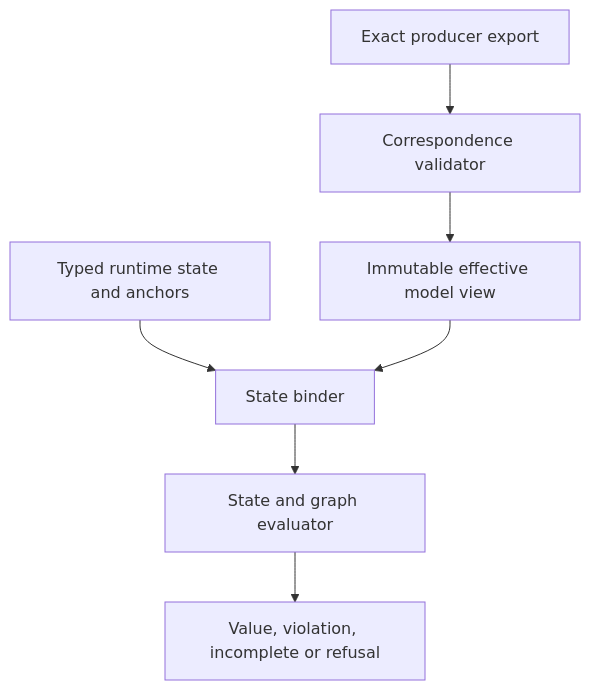
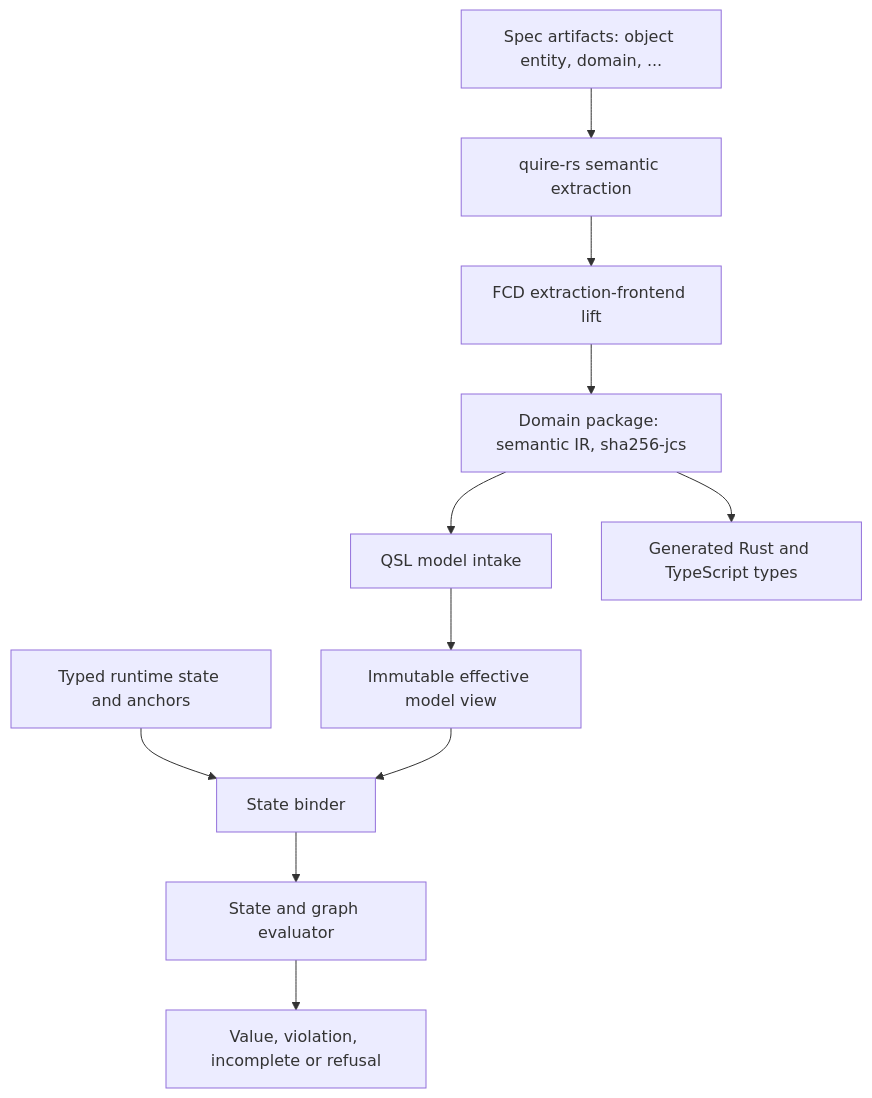
Before and after one commit to agent-ix/quire-specification: the diagram in spec/assurance/AD-006-model-graph-state-contracts.md, drawn with Mermaid. The commit also changed other lines of this file, not shown here.

Commit message:
AD-006: domain model declared in spec artifacts (#77)

````diff
--- a/spec/assurance/AD-006-model-graph-state-contracts.md
+++ b/spec/assurance/AD-006-model-graph-state-contracts.md
@@ -27,9 +57,13 @@
 ```mermaid
 flowchart TD
-  P[Exact producer export] --> X[Correspondence validator]
-  X --> M[Immutable effective model view]
+  A[Spec artifacts: object entity, domain, ...] --> X[quire-rs semantic extraction]
+  X --> L[FCD extraction-frontend lift]
+  L --> D[Domain package: semantic IR, sha256-jcs]
+  D --> I[QSL model intake]
+  I --> M[Immutable effective model view]
   S[Typed runtime state and anchors] --> B[State binder]
   M --> B
   B --> E[State and graph evaluator]
   E --> R[Value, violation, incomplete or refusal]
+  D --> G[Generated Rust and TypeScript types]
 ```
````
